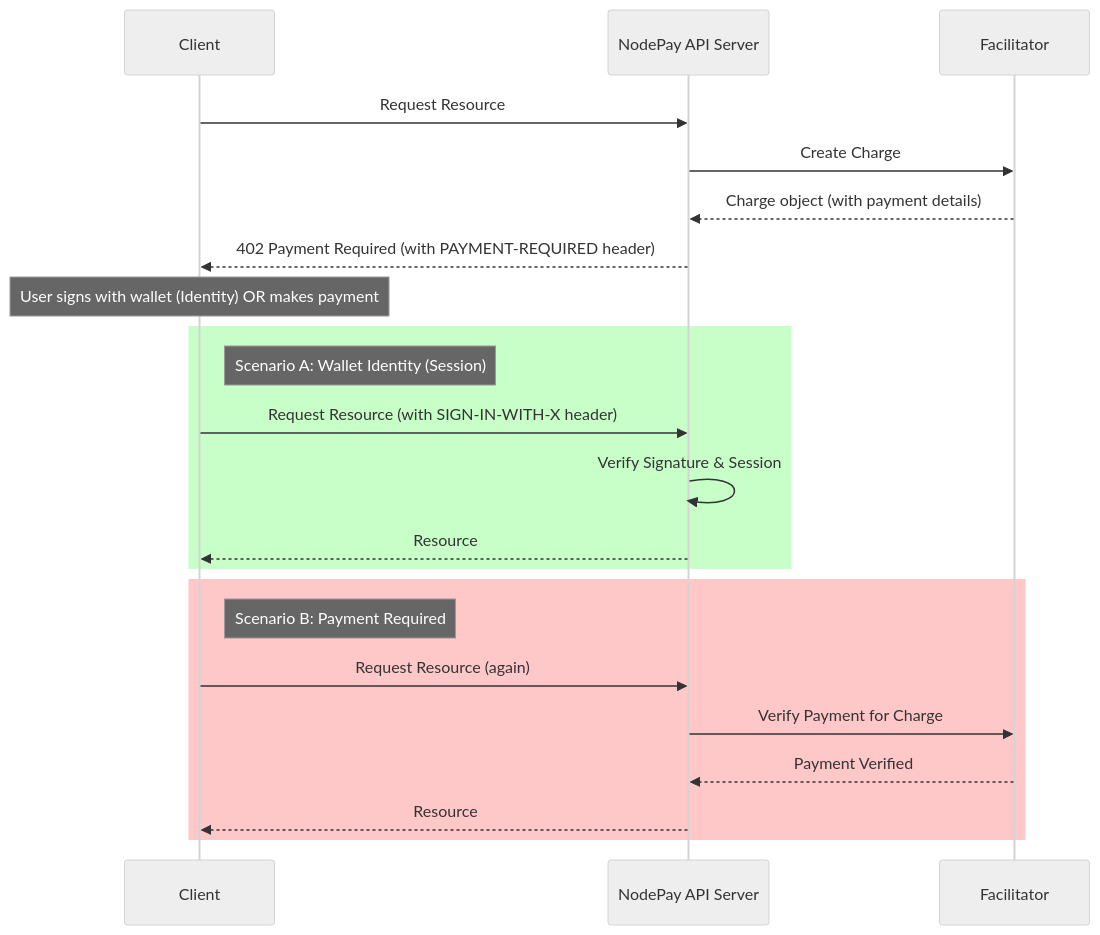
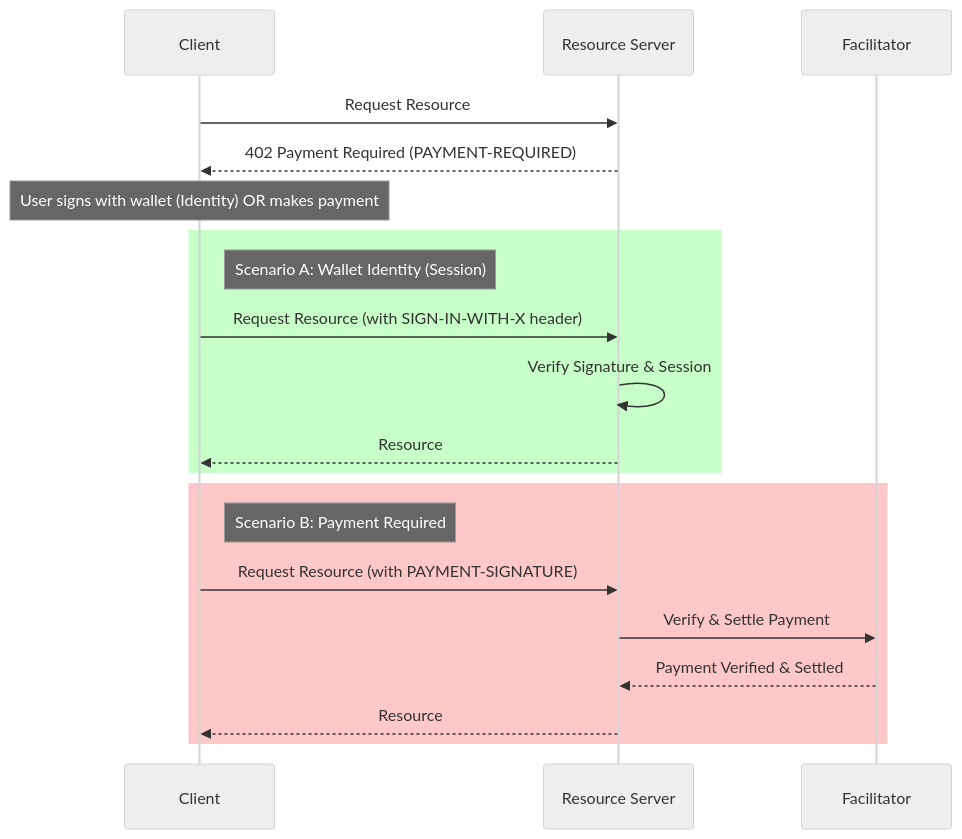
One commit to spikesonicguest-blip/node-pay-prototype changed the diagram in README.md. Above: the diagram before and after it, drawn with Mermaid (neutral theme). The commit also changed other lines of this file, not shown here.

````diff
--- a/README.md
+++ b/README.md
@@ -48,28 +43,26 @@
 ```mermaid
 sequenceDiagram
     participant Client
-    participant NodePay API Server
+    participant Resource Server
     participant Facilitator
 
-    Client->>NodePay API Server: Request Resource
-    NodePay API Server->>Facilitator: Create Charge
-    Facilitator-->>NodePay API Server: Charge object (with payment details)
-    NodePay API Server-->>Client: 402 Payment Required (with PAYMENT-REQUIRED header)
+    Client->>Resource Server: Request Resource
+    Resource Server-->>Client: 402 Payment Required (PAYMENT-REQUIRED)
     
     Note over Client: User signs with wallet (Identity) OR makes payment
     
     rect rgb(200, 255, 200)
     Note right of Client: Scenario A: Wallet Identity (Session)
-    Client->>NodePay API Server: Request Resource (with SIGN-IN-WITH-X header)
-    NodePay API Server->>NodePay API Server: Verify Signature & Session
-    NodePay API Server-->>Client: Resource
+    Client->>Resource Server: Request Resource (with SIGN-IN-WITH-X header)
+    Resource Server->>Resource Server: Verify Signature & Session
+    Resource Server-->>Client: Resource
     end
 
     rect rgb(255, 200, 200)
     Note right of Client: Scenario B: Payment Required
-    Client->>NodePay API Server: Request Resource (again)
-    NodePay API Server->>Facilitator: Verify Payment for Charge
-    Facilitator-->>NodePay API Server: Payment Verified
-    NodePay API Server-->>Client: Resource
+    Client->>Resource Server: Request Resource (with PAYMENT-SIGNATURE)
+    Resource Server->>Facilitator: Verify & Settle Payment
+    Facilitator-->>Resource Server: Payment Verified & Settled
+    Resource Server-->>Client: Resource
     end
 ```
````
